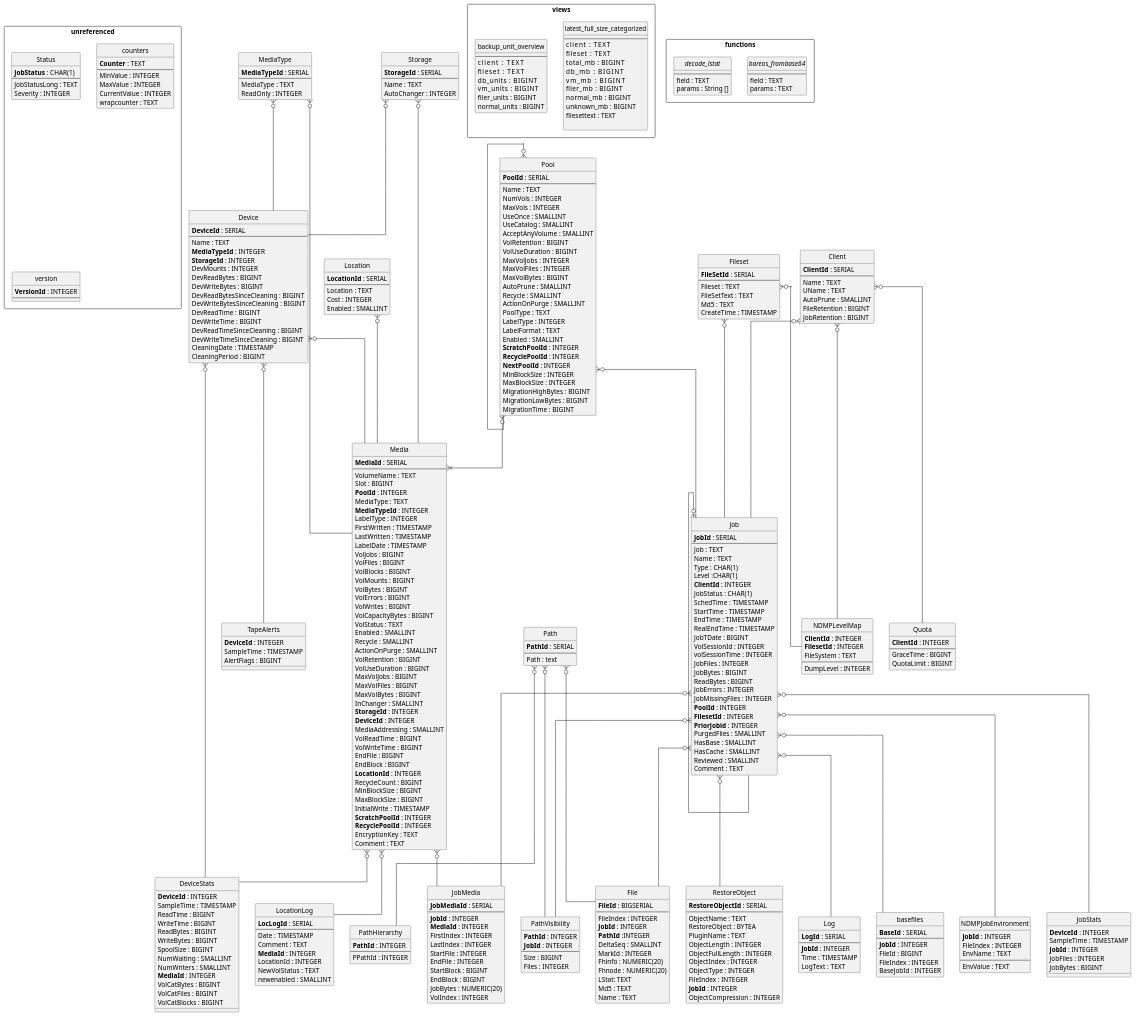
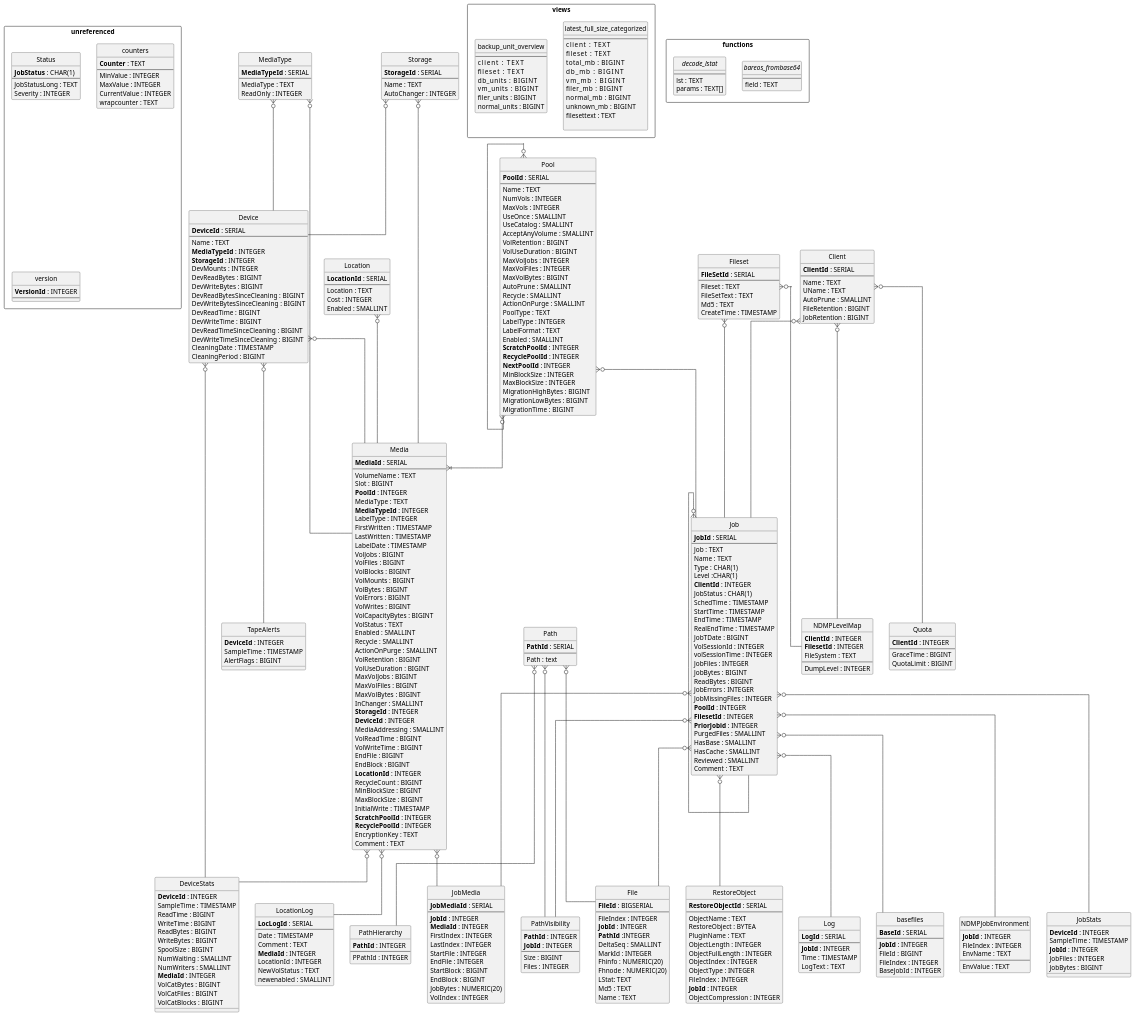
One commit to bareos/bareos changed the diagram in docs/manuals/source/DeveloperGuide/catalog/schema_bareos_postgresql.puml. Above: the diagram before and after it, drawn with PlantUML.

Commit message:
uml schema: update functions signature

```diff
--- a/docs/manuals/source/DeveloperGuide/catalog/schema_bareos_postgresql.puml
+++ b/docs/manuals/source/DeveloperGuide/catalog/schema_bareos_postgresql.puml
@@ -380,13 +380,12 @@
   interface bareos_frombase64 {
     --
     field : TEXT
-    params : TEXT
   }
 
   interface decode_lstat{
     --
-    field : TEXT
-    params : String []
+    lst : TEXT
+    params : TEXT[]
   }
   }
 
```
